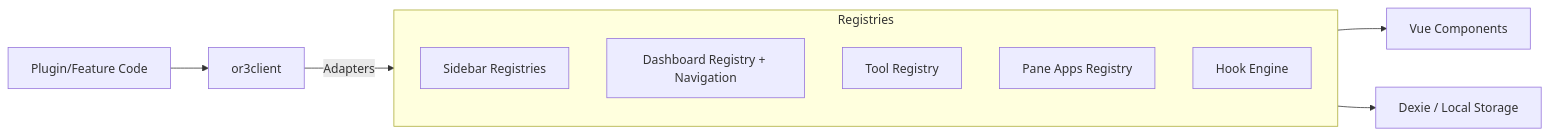
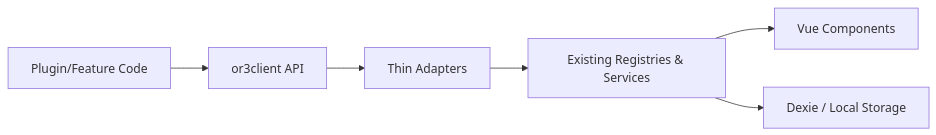
The first of 3 diagrams in planning/unified-registry/architecture.md (Saluana/or3-chat), drawn with Mermaid before and after one commit. The commit also changed other lines of this file and 3 other files, not shown here.

````diff
--- a/planning/unified-registry/architecture.md
+++ b/planning/unified-registry/architecture.md
@@ -11,15 +12,8 @@
 ```mermaid
 flowchart LR
-  Dev[Plugin/Feature Code] --> OR3[or3client]
-  OR3 -->|Adapters| Registries[Existing Registries & Services]
+  Dev[Plugin/Feature Code] --> OR3[or3client API]
+  OR3 --> Adapters[Thin Adapters]
+  Adapters --> Registries[Existing Registries & Services]
   Registries --> UI[Vue Components]
   Registries --> Data[Dexie / Local Storage]
-
-  subgraph Registries
-    SR[Sidebar Registries]
-    DR[Dashboard Registry + Navigation]
-    TR[Tool Registry]
-    PR[Pane Apps Registry]
-    HR[Hook Engine]
-  end
 ```
````
